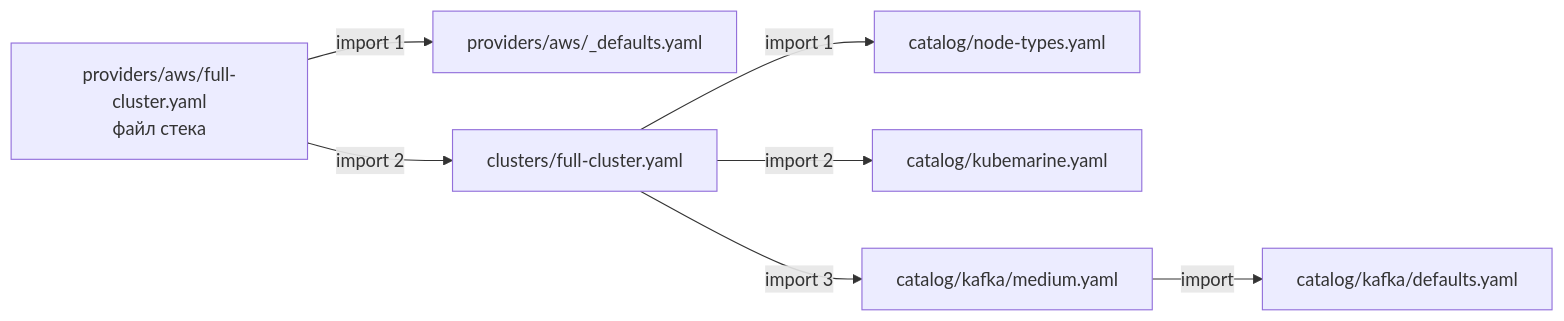
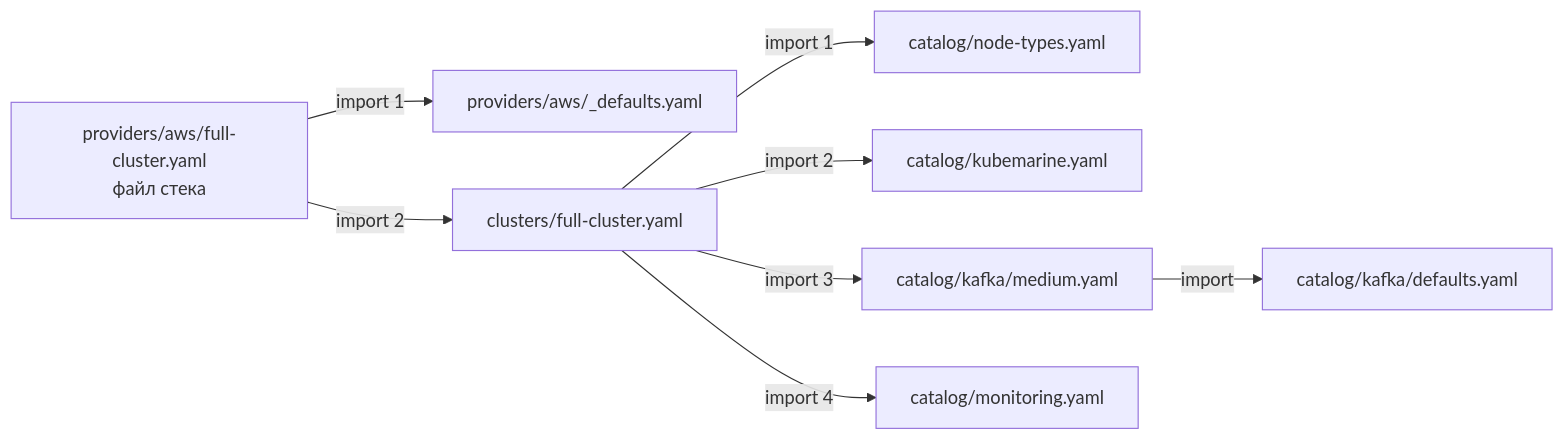
Before and after one commit to borislavr/atmos-kubemarine-integration: the first of 5 diagrams in docs/full-cluster-aws-flow.md, drawn with Mermaid. The commit also changed other lines of this file and 8 other files, not shown here.

````diff
--- a/docs/full-cluster-aws-flow.md
+++ b/docs/full-cluster-aws-flow.md
@@ -23,10 +23,11 @@
 ```mermaid
 flowchart LR
   S["providers/aws/full-cluster.yaml<br/>файл стека"]
   S -->|"import 1"| P["providers/aws/_defaults.yaml"]
   S -->|"import 2"| C["clusters/full-cluster.yaml"]
   C -->|"import 1"| NT["catalog/node-types.yaml"]
   C -->|"import 2"| KM["catalog/kubemarine.yaml"]
   C -->|"import 3"| KF["catalog/kafka/medium.yaml"]
   KF -->|"import"| KD["catalog/kafka/defaults.yaml"]
+  C -->|"import 4"| MO["catalog/monitoring.yaml"]
 ```
````
